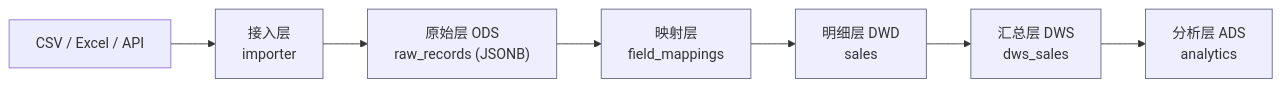
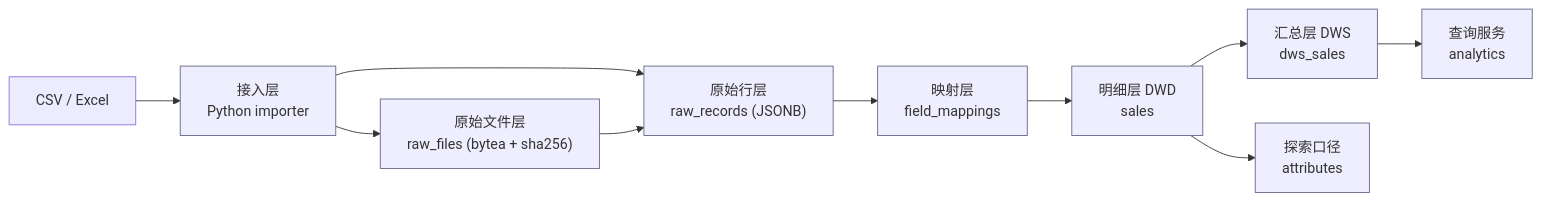
Before and after one commit to huql0605/pygo_product_manage_partform: the first of 7 diagrams in docs/architecture.md, drawn with Mermaid. The commit also changed other lines of this file and 5 other files, not shown here.

````diff
--- a/docs/architecture.md
+++ b/docs/architecture.md
@@ -11,12 +11,15 @@
 ```mermaid
 flowchart LR
-    CSVS["CSV / Excel / API"] --> ACC["接入层<br/>importer"]
-    ACC --> RAW["原始层 ODS<br/>raw_records (JSONB)"]
+    SRC["CSV / Excel"] --> ACC["接入层<br/>Python importer"]
+    ACC --> FILE["原始文件层<br/>raw_files (bytea + sha256)"]
+    ACC --> RAW["原始行层<br/>raw_records (JSONB)"]
+    FILE --> RAW
     RAW --> MAP["映射层<br/>field_mappings"]
-    MAP --> STD["明细层 DWD<br/>sales"]
-    STD --> DWS["汇总层 DWS<br/>dws_sales"]
-    DWS --> ANA["分析层 ADS<br/>analytics"]
+    MAP --> DWD["明细层 DWD<br/>sales"]
+    DWD --> DWS["汇总层 DWS<br/>dws_sales"]
+    DWS --> ANA["查询服务<br/>analytics"]
+    DWD --> ATTR["探索口径<br/>attributes"]
 
     classDef layer fill:#eef,stroke:#668
-    class ACC,RAW,MAP,STD,DWS,ANA layer
+    class ACC,FILE,RAW,MAP,DWD,DWS,ANA,ATTR layer
 ```
````
